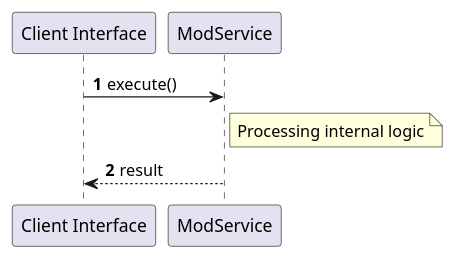
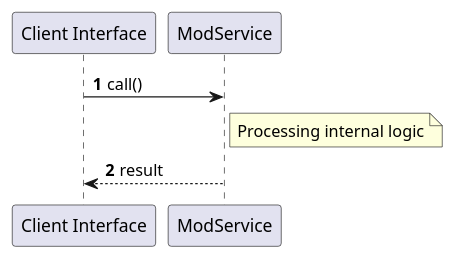
Before and after one commit to lgcorzo/rust_CACD_autonomous_factory: the sixth of 6 diagrams in openwiki/crates_factory_mcp_server_src_tools_mod.md, drawn with PlantUML. The commit also changed other lines of this file and 96 other files, not shown here.

````diff
--- a/openwiki/crates_factory_mcp_server_src_tools_mod.md
+++ b/openwiki/crates_factory_mcp_server_src_tools_mod.md
@@ -187,11 +312,11 @@
 ```plantuml
 @startuml
 autonumber
 participant "Client Interface" as Caller
 participant "ModService" as Svc
-Caller -> Svc: execute()
+Caller -> Svc: call()
 note right of Svc: Processing internal logic
 Svc --> Caller: result
 @enduml
 
 ```
````
